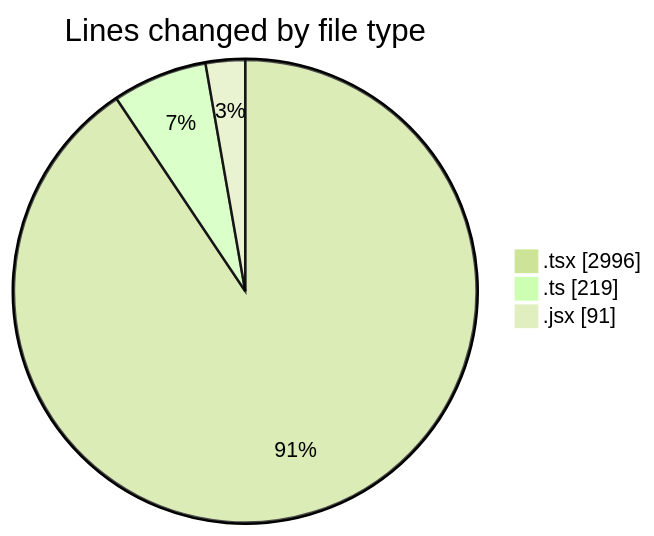
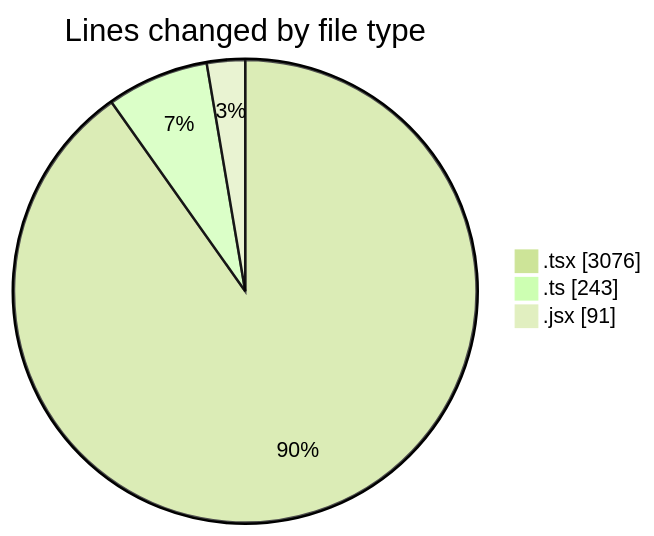
One commit to momahboobian/code-tracking changed the first of 2 diagrams in 2026-04-27/cda/README.md. Above: the diagram before and after it, drawn with Mermaid (forest theme). The commit also changed other lines of this file and 1 other file, not shown here.

````diff
--- a/2026-04-27/cda/README.md
+++ b/2026-04-27/cda/README.md
@@ -31,7 +31,7 @@
 ```mermaid
 pie showData
 title Lines changed by file type
-".tsx" : 2996
-".ts" : 219
+".tsx" : 3076
+".ts" : 243
 ".jsx" : 91
 ```
````
